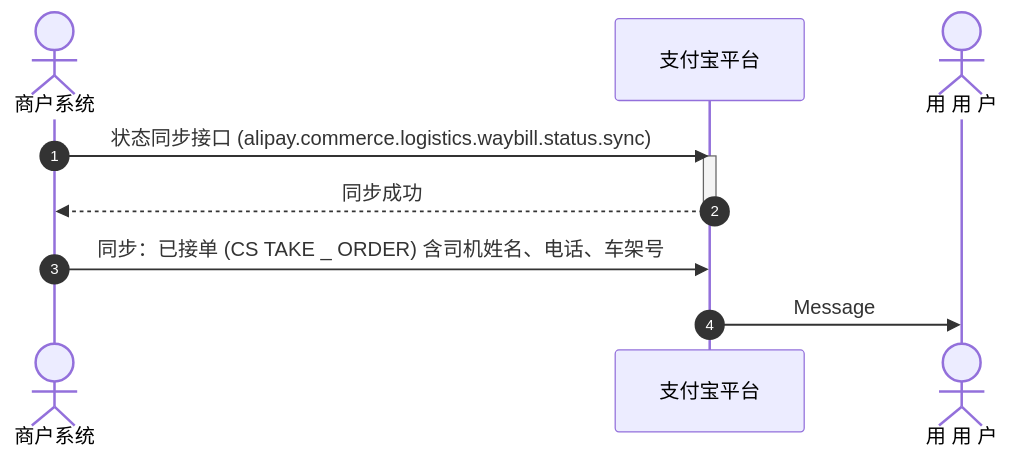
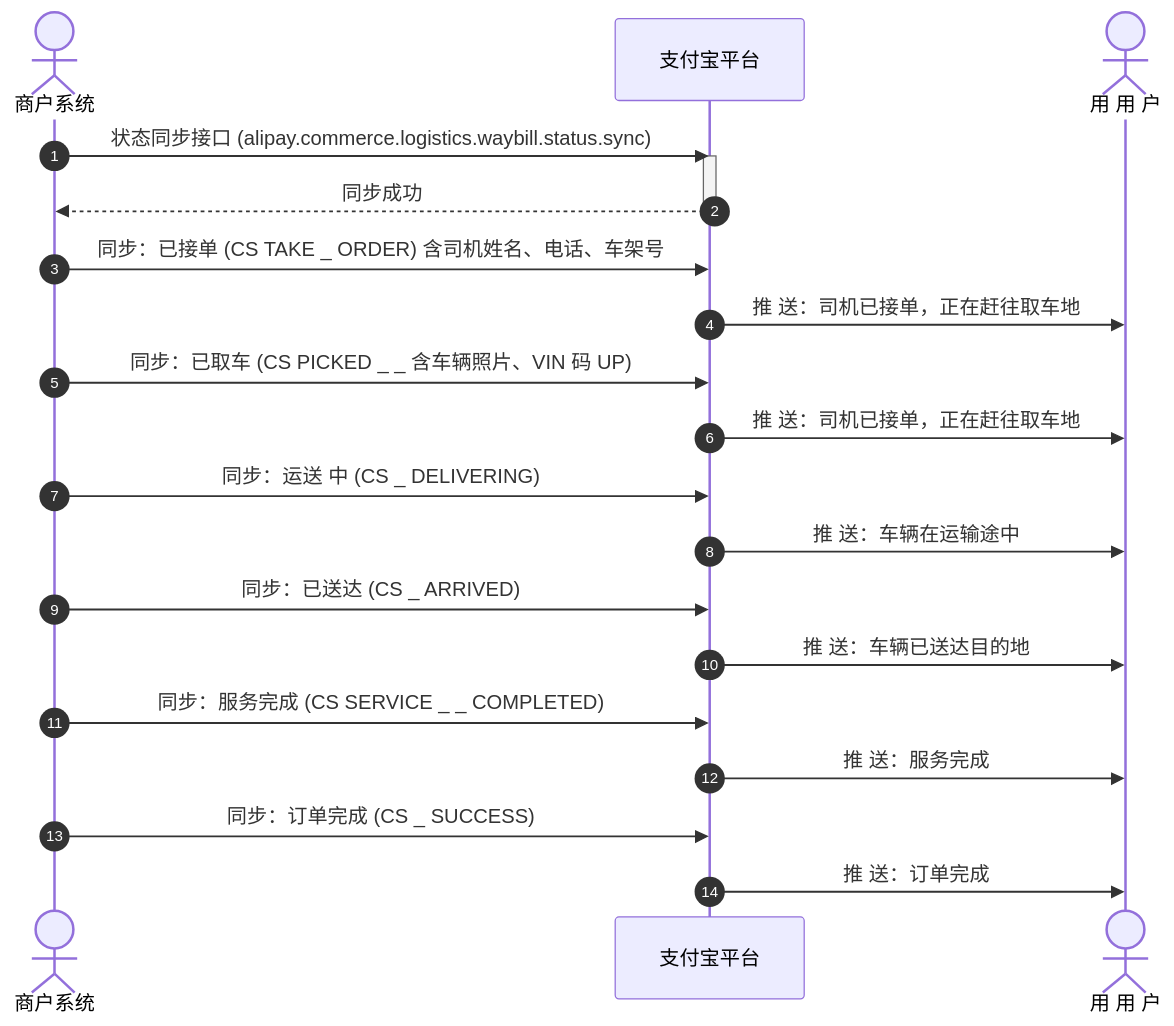
The diagram in notes/订单状态同步时序_4997c745-c344-4a00-aecc-c93ea21a179e.md (pingpm/mermaid_vault), drawn with Mermaid before and after one commit. The commit also changed 2 other files, not shown here.

Commit message:
Sync Mermaid Studio data (9 diagrams)

````diff
--- a/notes/订单状态同步时序_4997c745-c344-4a00-aecc-c93ea21a179e.md
+++ b/notes/订单状态同步时序_4997c745-c344-4a00-aecc-c93ea21a179e.md
@@ -3,14 +3,24 @@
 ```mermaid
 sequenceDiagram
   autonumber
   actor p0 as 商户系统
   participant p1 as ⽀付宝平台
   actor p2 as ⽤ ⽤ 户
   p0->>p1: 状态同步接⼝ (alipay.commerce.logistics.waybill.status.sync)
   activate p1
   p1-->>p0: 同步成功
   deactivate p1
   p0->>p1: 同步：已接单 (CS TAKE _ ORDER) 含司机姓名、电话、⻋架号
-  p1->>p2: Message
+  p1->>p2: 推 送：司机已接单，正在赶往取⻋地
+  p0->>p1: 同步：已取⻋ (CS PICKED _ _ 含⻋辆照⽚、VIN 码 UP)
+  p1->>p2: 推 送：司机已接单，正在赶往取⻋地
+  p0->>p1: 同步：运送 中 (CS _ DELIVERING)
+  p1->>p2: 推 送：⻋辆在运输途中
+  p0->>p1: 同步：已送达 (CS _ ARRIVED)
+  p1->>p2: 推 送：⻋辆已送达⽬的地
+  p0->>p1: 同步：服务完成 (CS SERVICE _ _ COMPLETED)
+  p1->>p2: 推 送：服务完成
+  p0->>p1: 同步：订单完成 (CS _ SUCCESS)
+  p1->>p2: 推 送：订单完成
 
 ```
````
